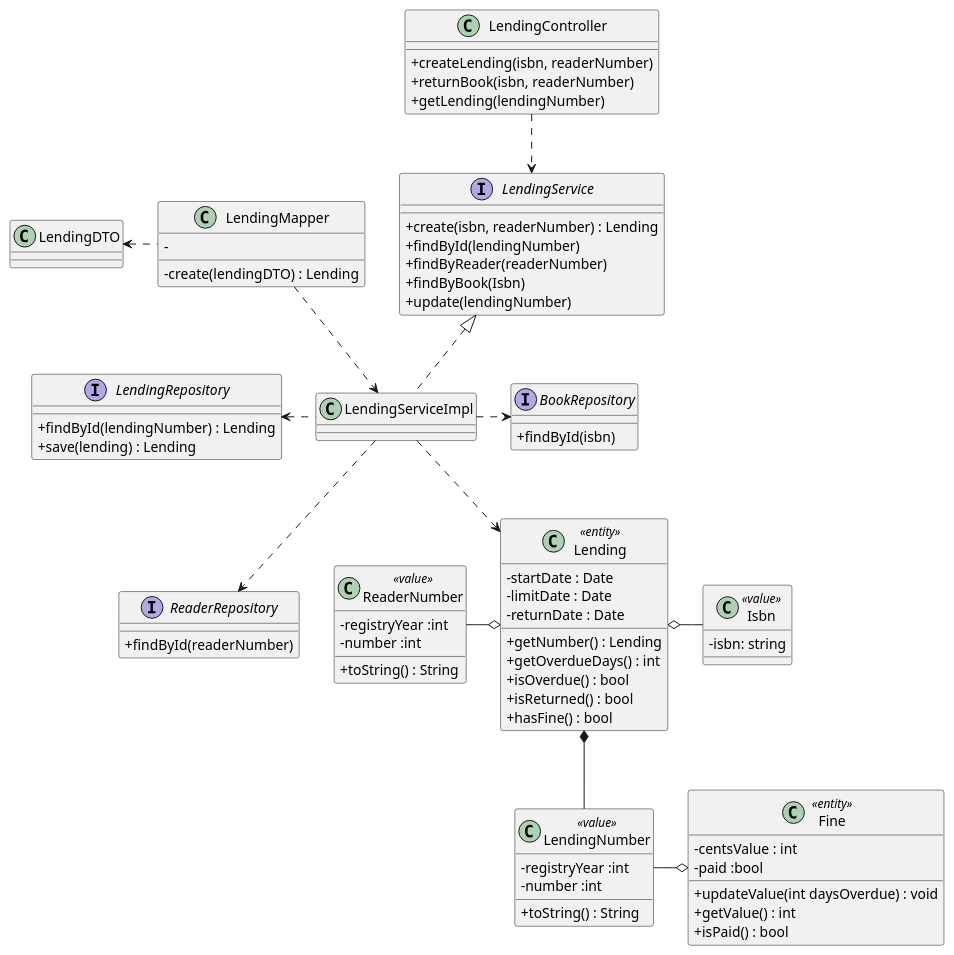
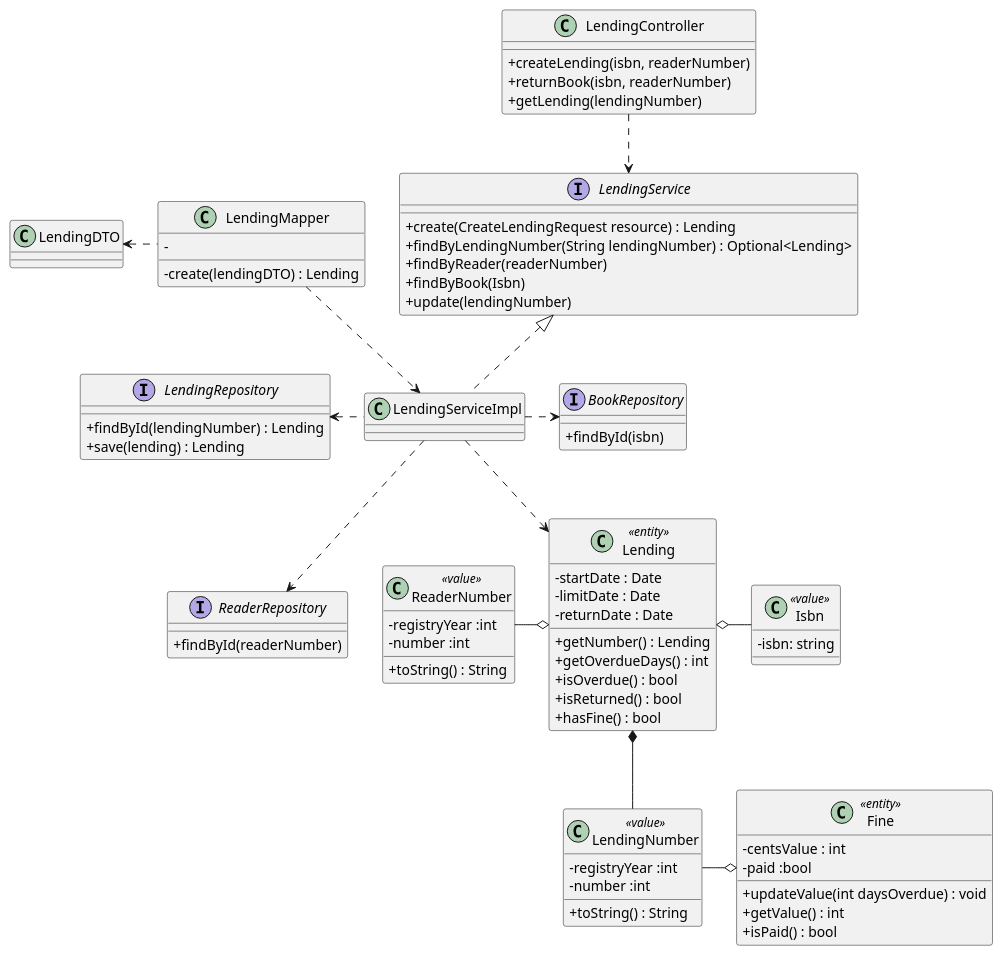
The diagram in Docs/Phase2/WP4B-Lendings/WP4B-Lendings-CD.puml (rutemf/1220944_1220772_G01), drawn with PlantUML before and after one commit. The commit also changed 7 other files, not shown here.

```diff
--- a/Docs/Phase2/WP4B-Lendings/WP4B-Lendings-CD.puml
+++ b/Docs/Phase2/WP4B-Lendings/WP4B-Lendings-CD.puml
@@ -1,97 +1,97 @@
 @startuml
 
 'hide circle
 skinparam classAttributeIconSize 0
 
 class LendingController {
     + createLending(isbn, readerNumber)
     + returnBook(isbn, readerNumber)
     + getLending(lendingNumber)
 }
 
 interface LendingRepository {
     + findById(lendingNumber) : Lending
     + save(lending) : Lending
 }
 
 interface LendingService {
-    + create(isbn, readerNumber) : Lending
-    + findById(lendingNumber)
+    + create(CreateLendingRequest resource) : Lending
+    + findByLendingNumber(String lendingNumber) : Optional<Lending>
     + findByReader(readerNumber)
     + findByBook(Isbn)
     + update(lendingNumber)
 }
 
 class LendingServiceImpl implements LendingService{
 }
 
 interface ReaderRepository {
     + findById(readerNumber)
 }
 
 interface BookRepository {
     + findById(isbn)
 }
 
 class Lending <<entity>>{
     - startDate : Date
     - limitDate : Date
     - returnDate : Date
     + getNumber() : Lending
     + getOverdueDays() : int
     + isOverdue() : bool
     + isReturned() : bool
     + hasFine() : bool
 }
 
 class LendingNumber <<value>> {
     - registryYear :int
     - number :int
     + toString() : String
 }
 
 class Isbn <<value>>{
     - isbn: string
 }
 
 class ReaderNumber <<value>>{
     - registryYear :int
     - number :int
     + toString() : String
 }
 
 class Fine <<entity>>{
     - centsValue : int
     - paid :bool
     + updateValue(int daysOverdue) : void
     + getValue() : int
     + isPaid() : bool
 }
 
 class LendingDTO{
 
 }
 
 class LendingMapper{
     - create(lendingDTO) : Lending
     -
 
 }
 
 
 Lending o- Isbn
 Lending o-left- ReaderNumber
 Lending *-down- LendingNumber
 LendingNumber -right-o Fine
 
 LendingServiceImpl ..> Lending
 
 LendingController ..> LendingService
 LendingServiceImpl .left.> LendingRepository
 LendingServiceImpl ..> ReaderRepository
 LendingServiceImpl .right.> BookRepository
 
 LendingServiceImpl <.up. LendingMapper
 LendingMapper .left.> LendingDTO
 
 @enduml
```
